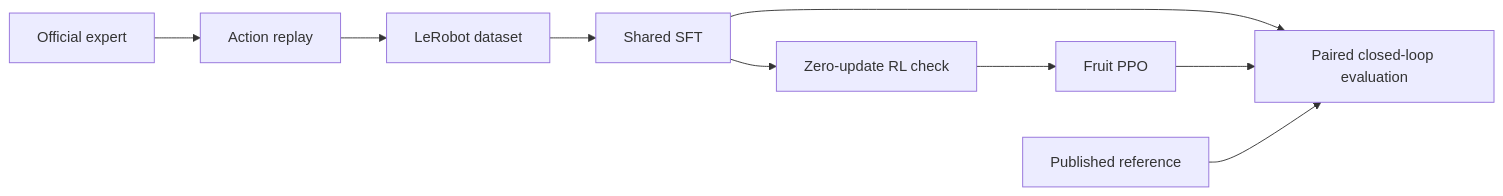
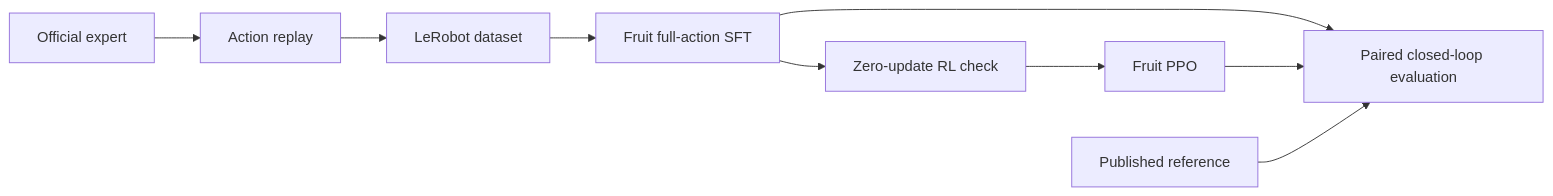
One commit to Turbo176/Pi05-VLABench changed the diagram in README.md. Above: the diagram before and after it, drawn with Mermaid. The commit also changed other lines of this file and 113 other files, not shown here.

Commit message:
Record full-action fruit SFT and PPO evaluation

````diff
--- a/README.md
+++ b/README.md
@@ -98,11 +96,11 @@
 ```mermaid
 flowchart LR
     E[Official expert] --> R[Action replay]
     R --> D[LeRobot dataset]
-    D --> S[Shared SFT]
+    D --> S[Fruit full-action SFT]
     S --> H[Zero-update RL check]
     H --> P[Fruit PPO]
     S --> V[Paired closed-loop evaluation]
     P --> V
     B[Published reference] --> V
 ```
````
